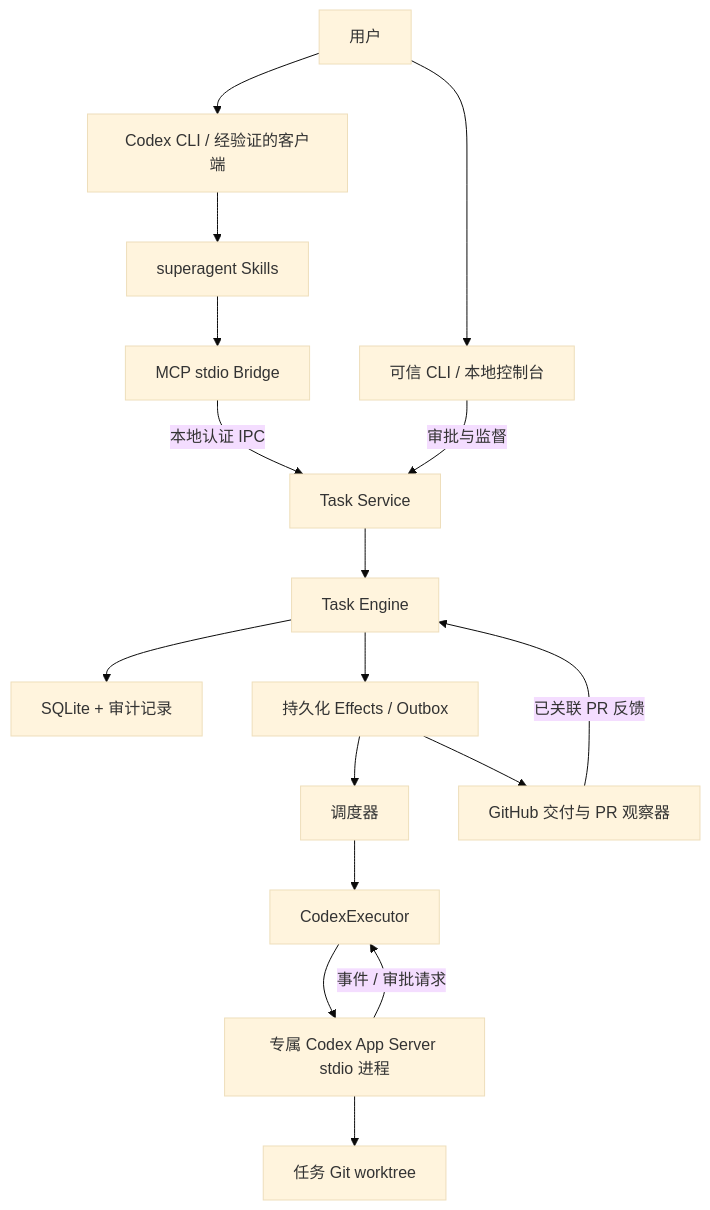
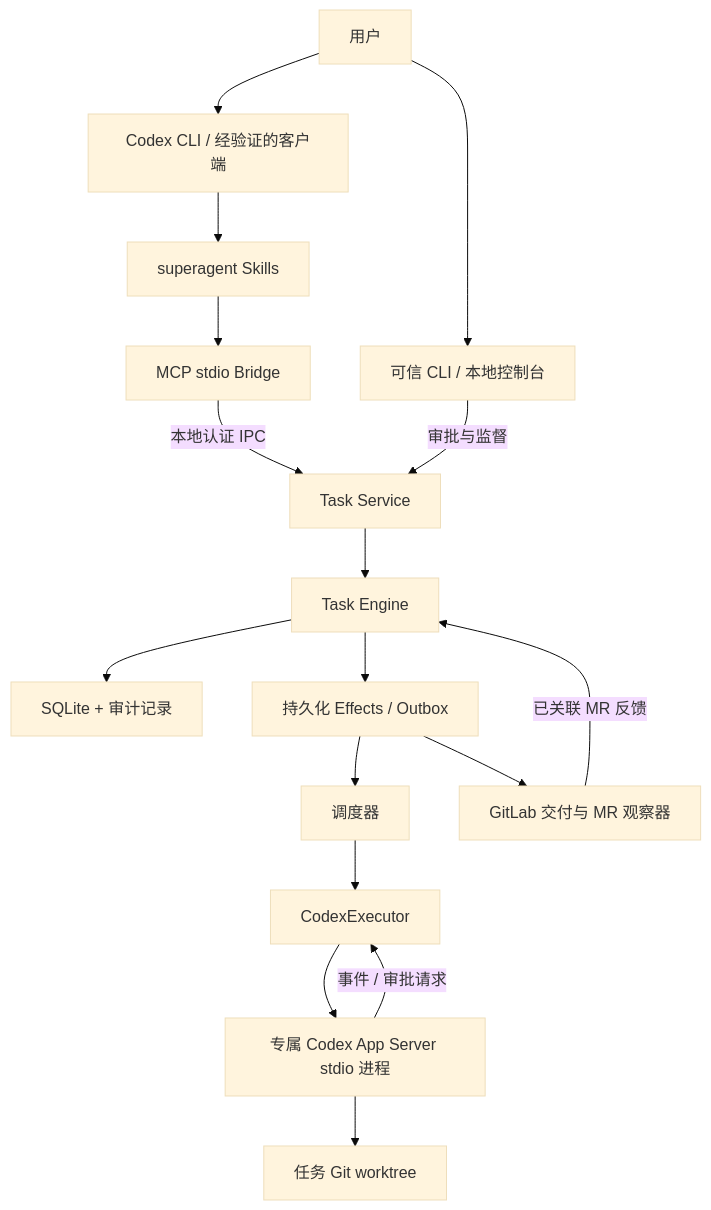
Before and after one commit to pilot1616/superagent: the diagram in docs/009-codex-plugin-design.md, drawn with Mermaid (base theme). The commit also changed other lines of this file and 117 other files, not shown here.

First line of the commit message:
feat(superagent): add GitLab orchestration and native worker agents

````diff
--- a/docs/009-codex-plugin-design.md
+++ b/docs/009-codex-plugin-design.md
@@ -95,19 +105,19 @@
 ```mermaid
 flowchart TB
   User[用户] --> Codex[Codex CLI / 经验证的客户端]
   Codex --> Skill[superagent Skills]
   Skill --> Bridge[MCP stdio Bridge]
   Bridge -->|本地认证 IPC| Service[Task Service]
   User --> Console[可信 CLI / 本地控制台]
   Console -->|审批与监督| Service
   Service --> Engine[Task Engine]
   Engine --> Store[SQLite + 审计记录]
   Engine --> Effects[持久化 Effects / Outbox]
   Effects --> Scheduler[调度器]
   Scheduler --> Executor[CodexExecutor]
   Executor --> AppServer[专属 Codex App Server stdio 进程]
   AppServer --> Workspace[任务 Git worktree]
   AppServer -->|事件 / 审批请求| Executor
-  Effects --> Github[GitHub 交付与 PR 观察器]
-  Github -->|已关联 PR 反馈| Engine
+  Effects --> Gitlab[GitLab 交付与 MR 观察器]
+  Gitlab -->|已关联 MR 反馈| Engine
 ```
````
